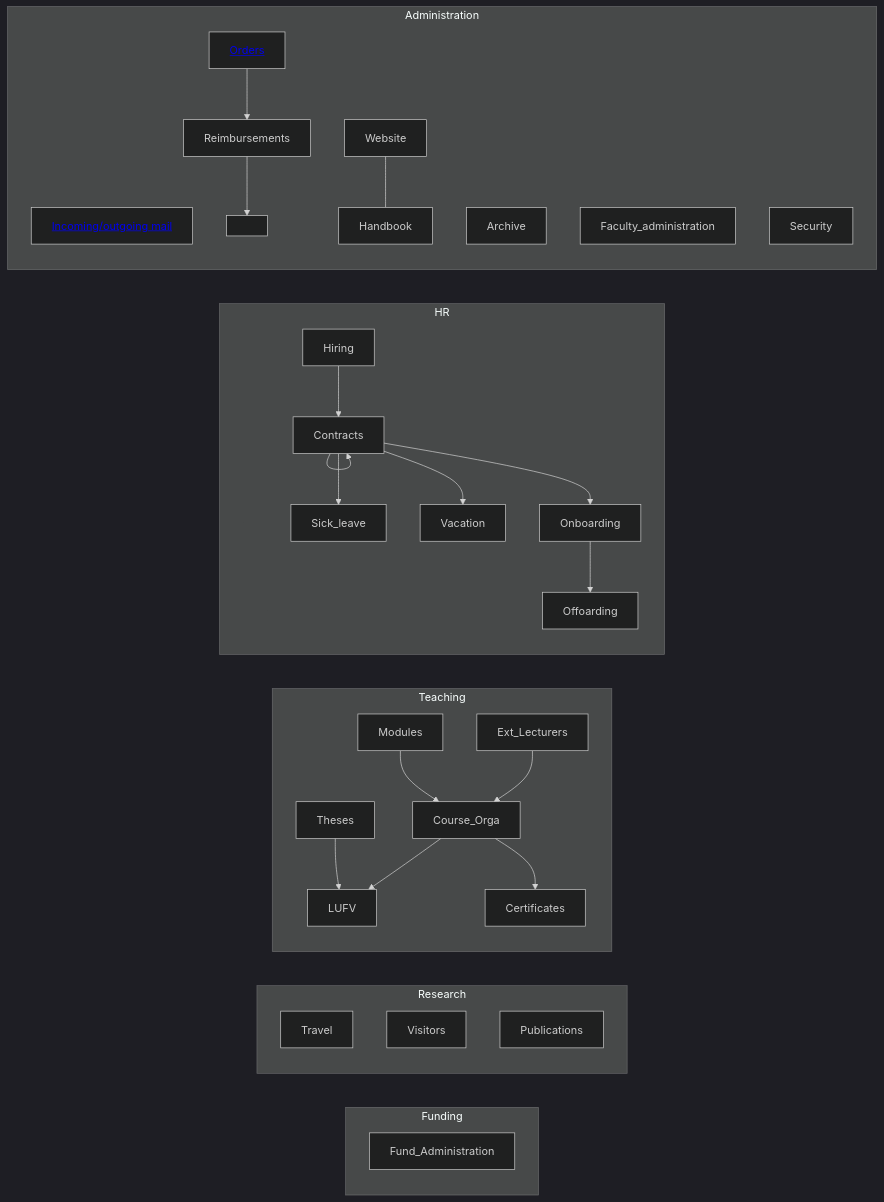
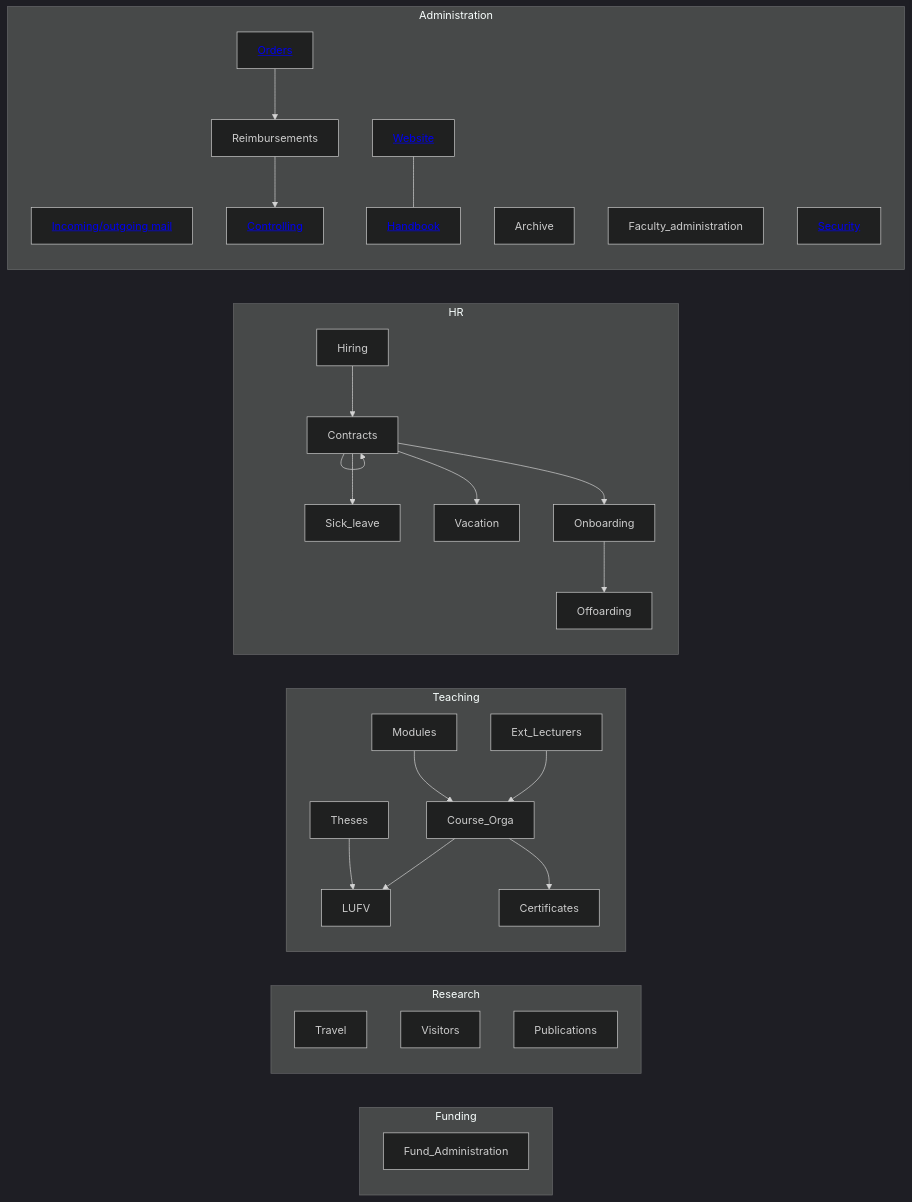
One commit to digital-work-lab/handbook changed the diagram in docs/10-lab/10_processes/10.09.team_assistance.md. Above: the diagram before and after it, drawn with Mermaid (dark theme).

````diff
--- a/docs/10-lab/10_processes/10.09.team_assistance.md
+++ b/docs/10-lab/10_processes/10.09.team_assistance.md
@@ -13,39 +13,39 @@
 ```mermaid
 flowchart LR
     subgraph Funding
         Fund_Administration
     end
     subgraph Research
         Travel
         Visitors
         Publications
     end
     subgraph Teaching
         Ext_Lecturers --> Course_Orga
         Modules --> Course_Orga
         Course_Orga --> LUFV
         Theses --> LUFV
         LUFV
         Course_Orga --> Certificates
     end
     subgraph HR
         Hiring --> Contracts
         Contracts --> Contracts
         Contracts --> Onboarding
         Contracts --> Sick_leave
         Contracts --> Vacation
         Onboarding --> Offoarding
     end
     subgraph Administration
         Mail["<a href='10.51.mail.html'>Incoming/outgoing mail</a>"]
         Archive
         Faculty_administration
         Orders["<a href='10.52.orders.html'>Orders</a>"] --> Reimbursements
-        Reimbursements --> Controlling["<a href='10.70.controlling.html'></a>"]
+        Reimbursements --> Controlling["<a href='10.70.controlling.html'>Controlling</a>"]
         Controlling
-        Website --- Handbook
+        Website["<a href='10.11.website.html'>Website</a>"] --- Handbook["<a href='10.10.handbook.html'>Handbook</a>"]
         Handbook
-        Security
+        Security["<a href='10.72.security.html'>Security</a>"]
     end
 
 ```
````
